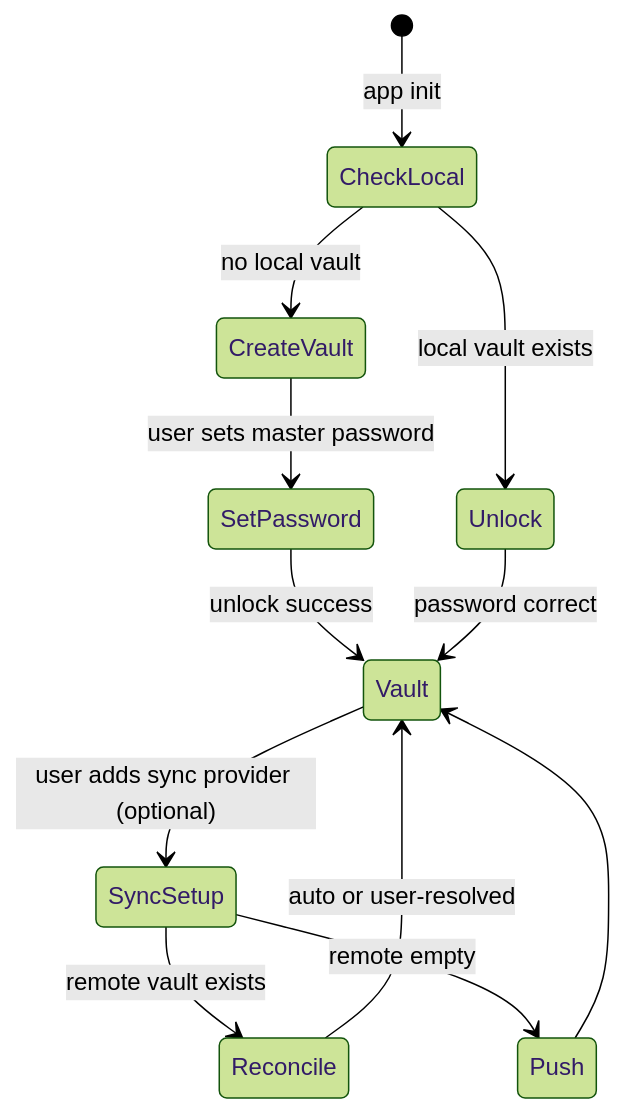
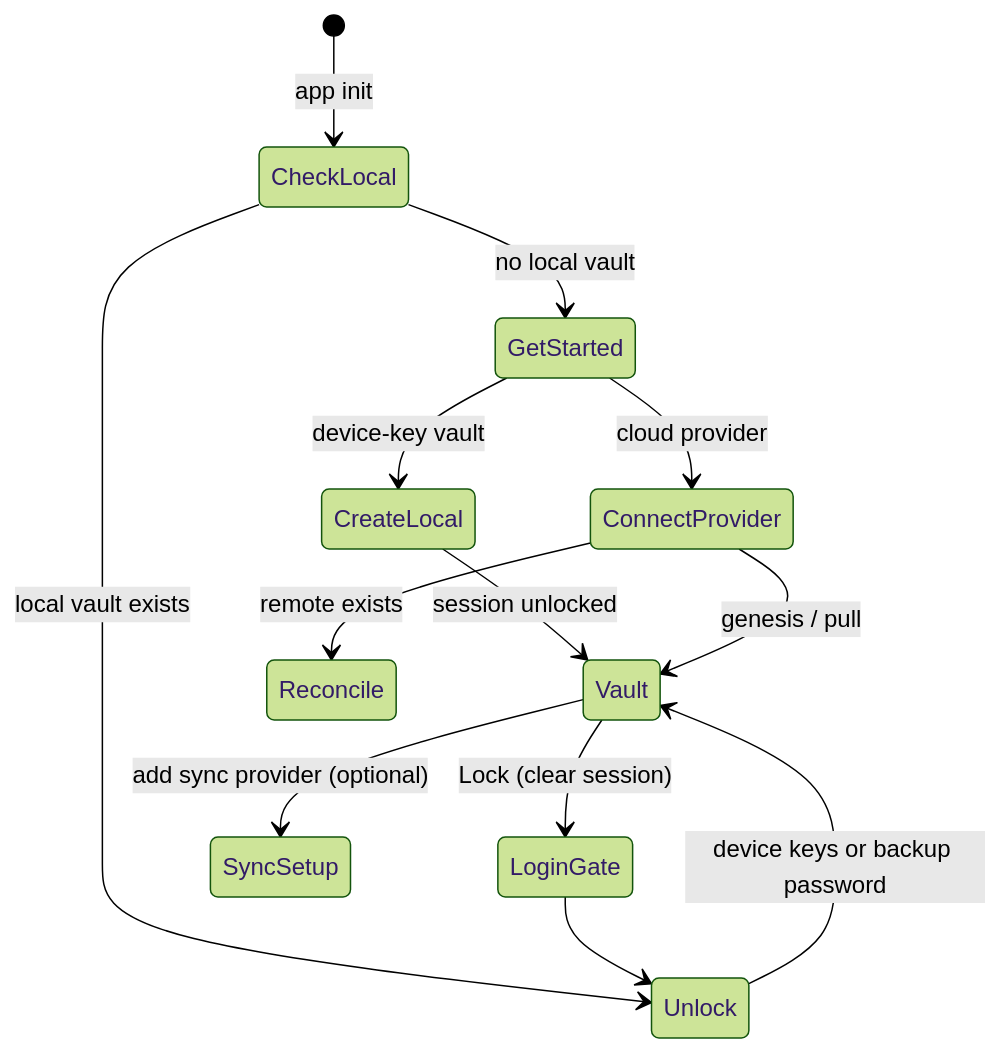
The third of 3 diagrams in .cortex/design-docs/unified-vault.md (meta-secret/nook), drawn with Mermaid (forest theme) before and after one commit. The commit also changed other lines of this file and 46 other files, not shown here.

First line of the commit message:
Polish unified vault UX: sync reconcile on connect, legal pages, and session lock.

````diff
--- a/.cortex/design-docs/unified-vault.md
+++ b/.cortex/design-docs/unified-vault.md
@@ -147,14 +148,15 @@
 ```mermaid
 stateDiagram-v2
   [*] --> CheckLocal: app init
-  CheckLocal --> CreateVault: no local vault
+  CheckLocal --> GetStarted: no local vault
   CheckLocal --> Unlock: local vault exists
-  CreateVault --> SetPassword: user sets master password
-  SetPassword --> Vault: unlock success
-  Unlock --> Vault: password correct
-  Vault --> SyncSetup: user adds sync provider (optional)
-  SyncSetup --> Reconcile: remote vault exists
-  SyncSetup --> Push: remote empty
-  Reconcile --> Vault: auto or user-resolved
-  Push --> Vault
+  GetStarted --> CreateLocal: device-key vault
+  GetStarted --> ConnectProvider: cloud provider
+  CreateLocal --> Vault: session unlocked
+  ConnectProvider --> Reconcile: remote exists
+  ConnectProvider --> Vault: genesis / pull
+  Unlock --> Vault: device keys or backup password
+  Vault --> LoginGate: Lock (clear session)
+  LoginGate --> Unlock
+  Vault --> SyncSetup: add sync provider (optional)
 ```
````
